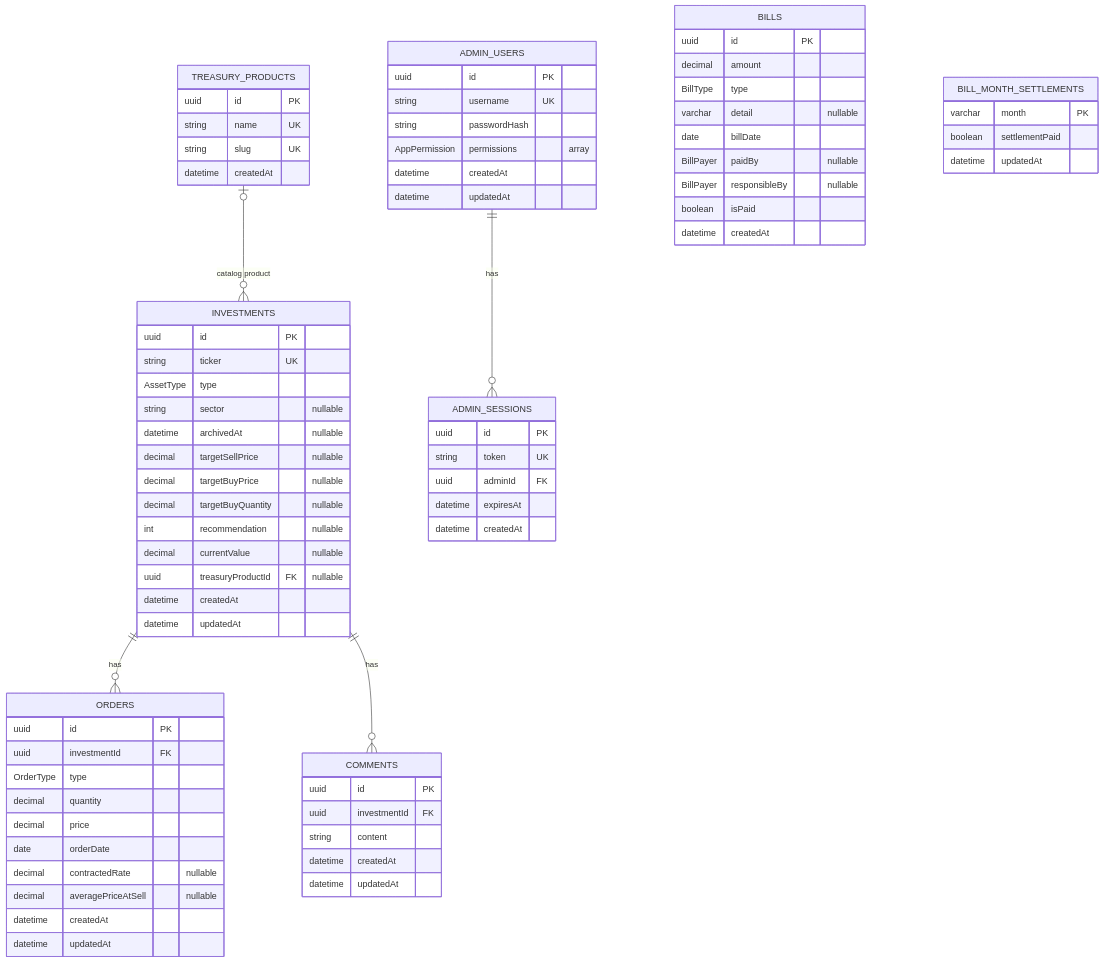
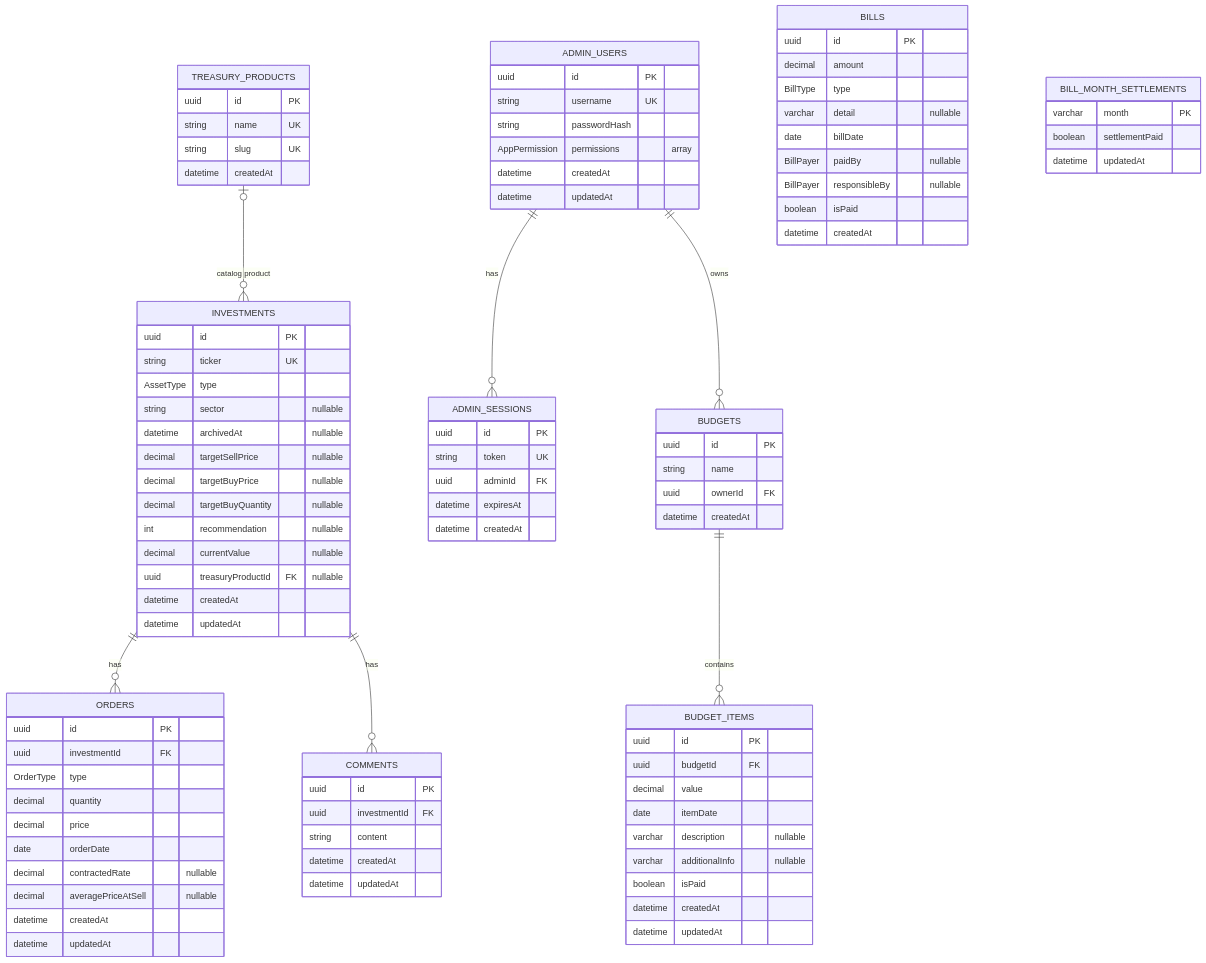
One commit to henriquesfreitas/finance-manager changed the diagram in DATABASE_SCHEMA.md. Above: the diagram before and after it, drawn with Mermaid. The commit also changed other lines of this file and 21 other files, not shown here.

````diff
--- a/DATABASE_SCHEMA.md
+++ b/DATABASE_SCHEMA.md
@@ -10,6 +10,8 @@
     INVESTMENTS ||--o{ ORDERS : has
     INVESTMENTS ||--o{ COMMENTS : has
     ADMIN_USERS ||--o{ ADMIN_SESSIONS : has
+    ADMIN_USERS ||--o{ BUDGETS : owns
+    BUDGETS ||--o{ BUDGET_ITEMS : contains
 
     TREASURY_PRODUCTS {
         uuid id PK
@@ -82,4 +84,21 @@
         datetime expiresAt
         datetime createdAt
     }
+    BUDGETS {
+        uuid id PK
+        string name
+        uuid ownerId FK
+        datetime createdAt
+    }
+    BUDGET_ITEMS {
+        uuid id PK
+        uuid budgetId FK
+        decimal value
+        date itemDate
+        varchar description "nullable"
+        varchar additionalInfo "nullable"
+        boolean isPaid
+        datetime createdAt
+        datetime updatedAt
+    }
 ```
````
